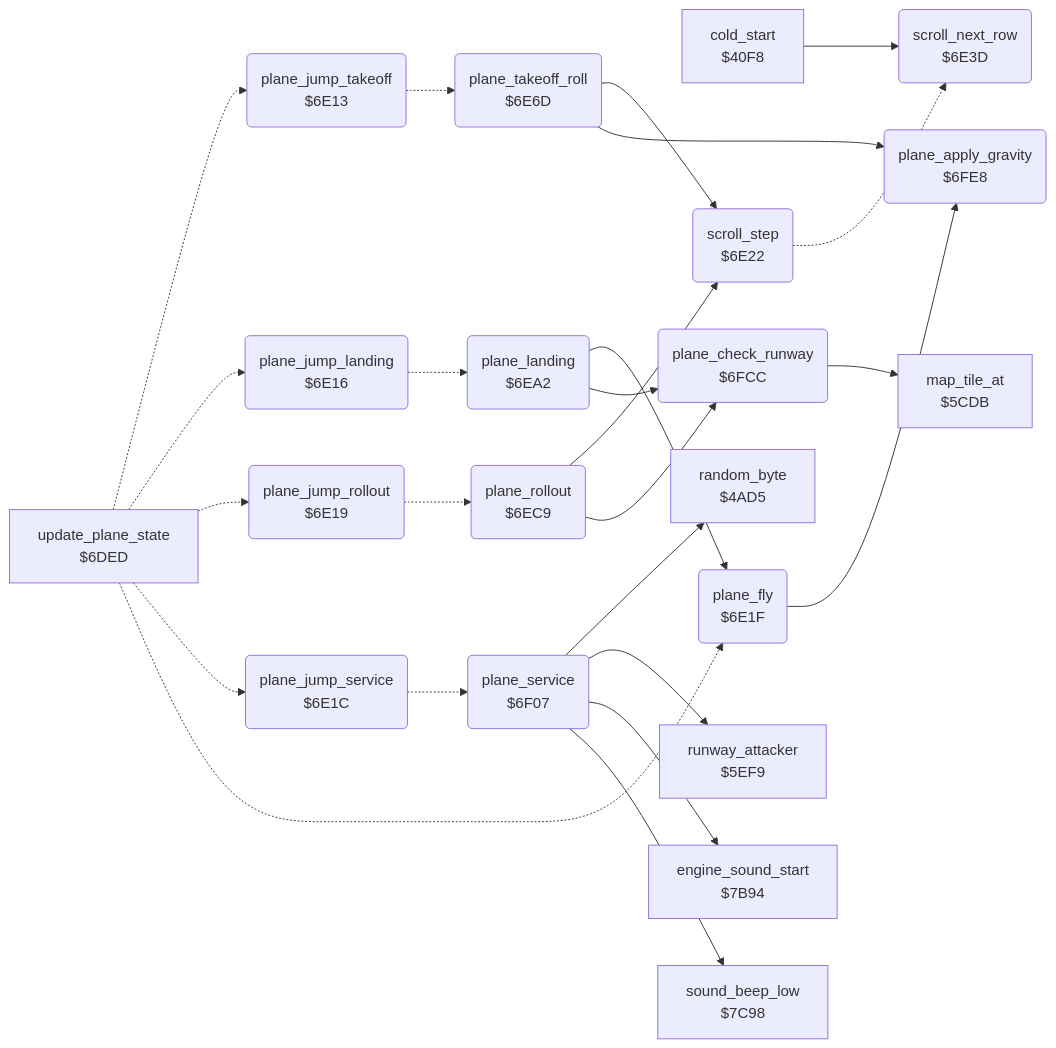
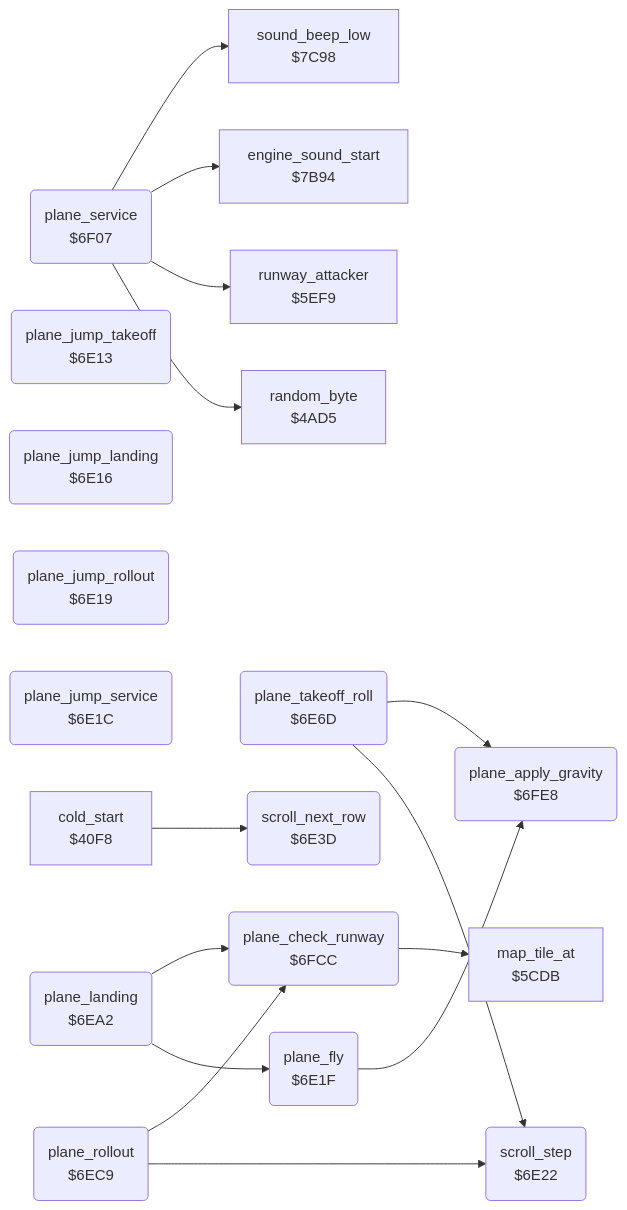
One commit to henols/c64_games changed the diagram in blue_max/docs/reference/modules/plane/plane_states.md. Above: the diagram before and after it, drawn with Mermaid. The commit also changed other lines of this file and 1100 other files, not shown here.

````diff
--- a/blue_max/docs/reference/modules/plane/plane_states.md
+++ b/blue_max/docs/reference/modules/plane/plane_states.md
@@ -10,46 +34,35 @@
 ```mermaid
 flowchart LR
   n40f8["cold_start<br/>$40F8"]
   n4ad5["random_byte<br/>$4AD5"]
   n5cdb["map_tile_at<br/>$5CDB"]
   n5ef9["runway_attacker<br/>$5EF9"]
-  n6ded["update_plane_state<br/>$6DED"]
   n6e13("plane_jump_takeoff<br/>$6E13")
   n6e16("plane_jump_landing<br/>$6E16")
   n6e19("plane_jump_rollout<br/>$6E19")
   n6e1c("plane_jump_service<br/>$6E1C")
   n6e1f("plane_fly<br/>$6E1F")
   n6e22("scroll_step<br/>$6E22")
   n6e3d("scroll_next_row<br/>$6E3D")
   n6e6d("plane_takeoff_roll<br/>$6E6D")
   n6ea2("plane_landing<br/>$6EA2")
   n6ec9("plane_rollout<br/>$6EC9")
   n6f07("plane_service<br/>$6F07")
   n6fcc("plane_check_runway<br/>$6FCC")
   n6fe8("plane_apply_gravity<br/>$6FE8")
   n7b94["engine_sound_start<br/>$7B94"]
   n7c98["sound_beep_low<br/>$7C98"]
   n40f8 --> n6e3d
-  n6ded -.-> n6e13
-  n6ded -.-> n6e16
-  n6ded -.-> n6e19
-  n6ded -.-> n6e1c
-  n6ded -.-> n6e1f
-  n6e13 -.-> n6e6d
-  n6e16 -.-> n6ea2
-  n6e19 -.-> n6ec9
-  n6e1c -.-> n6f07
   n6e1f --> n6fe8
-  n6e22 -.-> n6e3d
   n6e6d --> n6e22
   n6e6d --> n6fe8
   n6ea2 --> n6e1f
   n6ea2 --> n6fcc
   n6ec9 --> n6e22
   n6ec9 --> n6fcc
   n6f07 --> n4ad5
   n6f07 --> n5ef9
   n6f07 --> n7b94
   n6f07 --> n7c98
   n6fcc --> n5cdb
 ```
````
